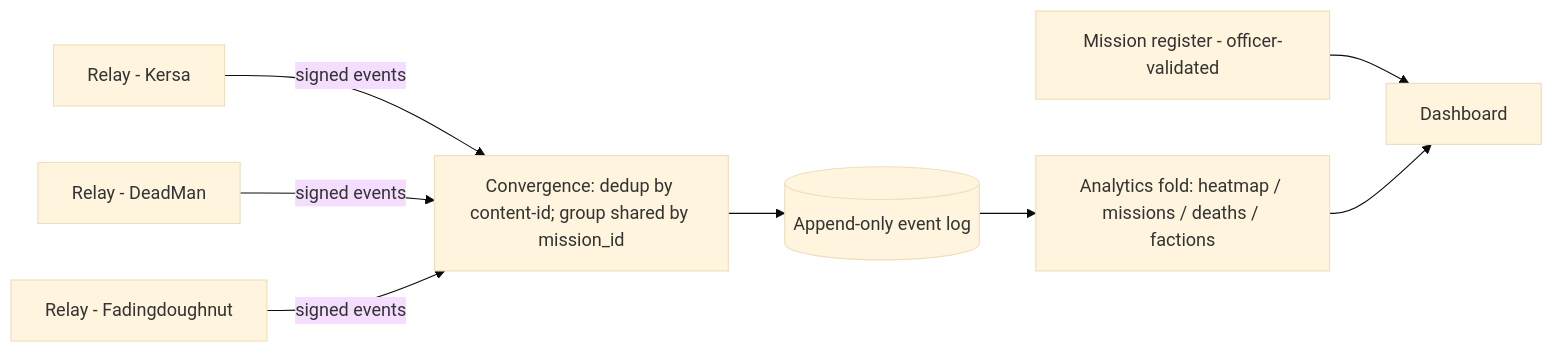
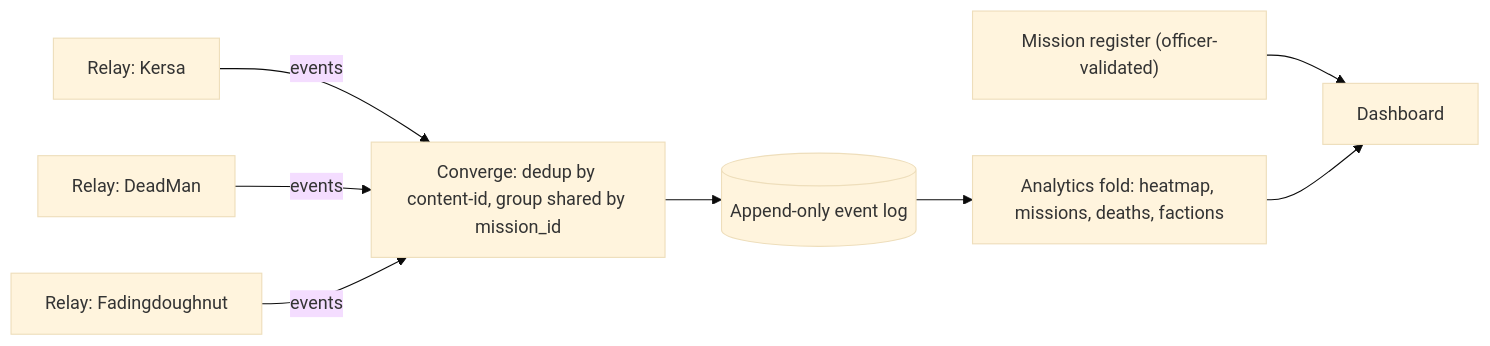
The diagram in DESIGN-event-convergence.md (Neorion/star-citizen-live), drawn with Mermaid (base theme) before and after one commit.

Commit message:
fix(docs): quote Mermaid labels so the convergence diagram renders on GitHub
The HUB node label contained a semicolon, which Mermaid treats as a statement
separator even inside [] — GitHub's renderer choked on it. Quote all node labels
and drop the semicolon.

````diff
--- a/DESIGN-event-convergence.md
+++ b/DESIGN-event-convergence.md
@@ -114,10 +114,10 @@
 ```mermaid
 flowchart LR
-  R1[Relay - Kersa] -->|signed events| HUB
-  R2[Relay - DeadMan] -->|signed events| HUB
-  R3[Relay - Fadingdoughnut] -->|signed events| HUB
-  HUB[Convergence: dedup by content-id; group shared by mission_id] --> LOG[(Append-only event log)]
-  LOG --> AN[Analytics fold: heatmap / missions / deaths / factions]
-  REG[Mission register - officer-validated] --> DASH[Dashboard]
+  R1["Relay: Kersa"] -->|events| HUB
+  R2["Relay: DeadMan"] -->|events| HUB
+  R3["Relay: Fadingdoughnut"] -->|events| HUB
+  HUB["Converge: dedup by content-id, group shared by mission_id"] --> LOG[("Append-only event log")]
+  LOG --> AN["Analytics fold: heatmap, missions, deaths, factions"]
+  REG["Mission register (officer-validated)"] --> DASH["Dashboard"]
   AN --> DASH
 ```
````
